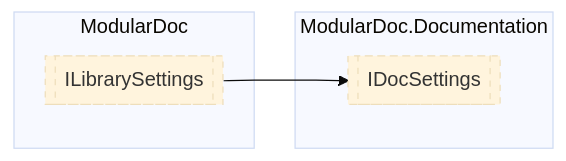
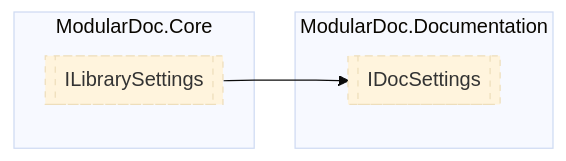
One commit to hailstorm75/ModularDoc changed the diagram in sourceWiki/modulardoc/documentation/IDocSettings.md. Above: the diagram before and after it, drawn with Mermaid (base theme). The commit also changed other lines of this file and 31 other files, not shown here.

````diff
--- a/sourceWiki/modulardoc/documentation/IDocSettings.md
+++ b/sourceWiki/modulardoc/documentation/IDocSettings.md
@@ -7,14 +7,14 @@
 ```mermaid
   flowchart LR
   classDef interfaceStyle stroke-dasharray: 5 5;
   classDef abstractStyle stroke-width:4px
   subgraph ModularDoc.Documentation
   ModularDoc.Documentation.IDocSettings[[IDocSettings]]
   class ModularDoc.Documentation.IDocSettings interfaceStyle;
   end
-  subgraph ModularDoc
-  ModularDoc.ILibrarySettings[[ILibrarySettings]]
-  class ModularDoc.ILibrarySettings interfaceStyle;
+  subgraph ModularDoc.Core
+  ModularDoc.Core.ILibrarySettings[[ILibrarySettings]]
+  class ModularDoc.Core.ILibrarySettings interfaceStyle;
   end
-ModularDoc.ILibrarySettings --> ModularDoc.Documentation.IDocSettings
+ModularDoc.Core.ILibrarySettings --> ModularDoc.Documentation.IDocSettings
 ```
````
